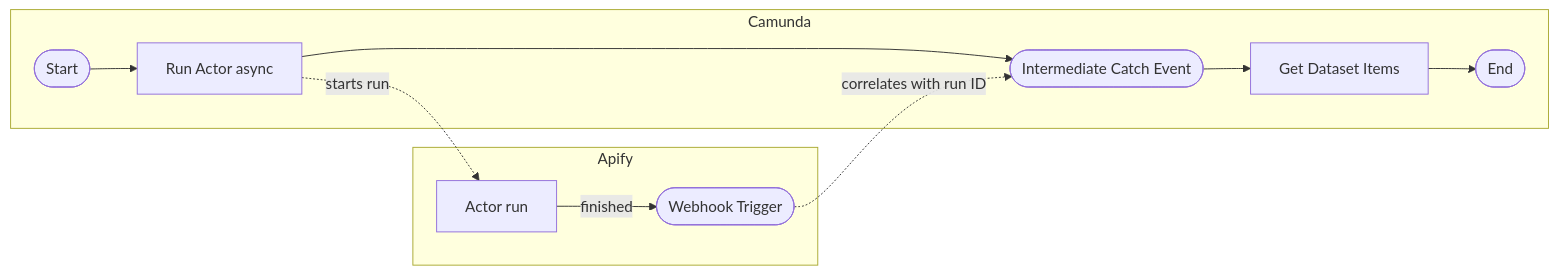
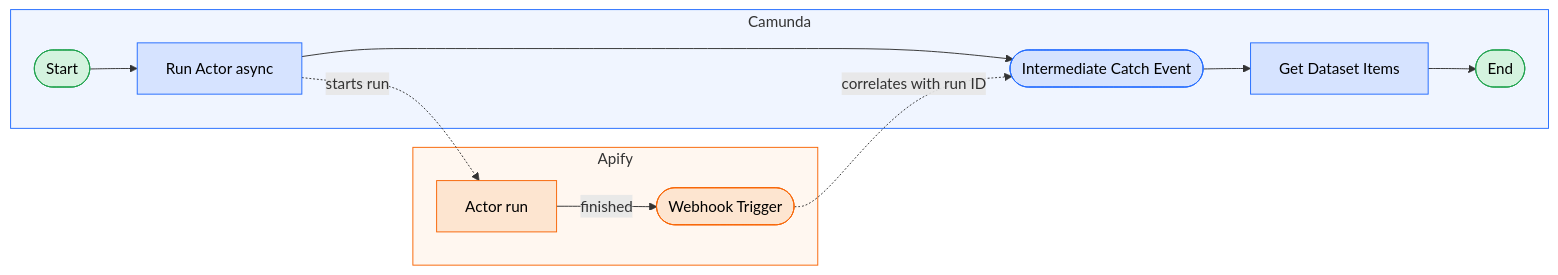
One commit to apify/apify-docs changed the fifth of 9 diagrams in sources/platform/integrations/workflows-and-notifications/camunda.md. Above: the diagram before and after it, drawn with Mermaid. The commit also changed other lines of this file, not shown here.

Commit message:
docs: update Camunda integration documentation with enhanced descriptions, improved structure, and additional details on operations

````diff
--- a/sources/platform/integrations/workflows-and-notifications/camunda.md
+++ b/sources/platform/integrations/workflows-and-notifications/camunda.md
@@ -251,14 +420,23 @@
 ```mermaid
 graph LR
     subgraph Camunda
         A([Start]) --> B[Run Actor async]
         B --> C([Intermediate Catch Event])
         C --> D[Get Dataset Items]
         D --> E([End])
     end
     subgraph Apify
         AR[Actor run] -->|finished| W([Webhook Trigger])
     end
     B -.->|starts run| AR
     W -.->|correlates with run ID| C
+
+    classDef apify fill:#fde5d0,stroke:#f86606,color:#000
+    classDef camunda fill:#d6e3ff,stroke:#246dff,color:#000
+    classDef terminal fill:#d4f3df,stroke:#20a34e,color:#000
+    class AR,W apify
+    class B,C,D camunda
+    class A,E terminal
+    style Apify fill:#fff7f0,stroke:#f86606
+    style Camunda fill:#f0f5ff,stroke:#246dff
 ```
````
